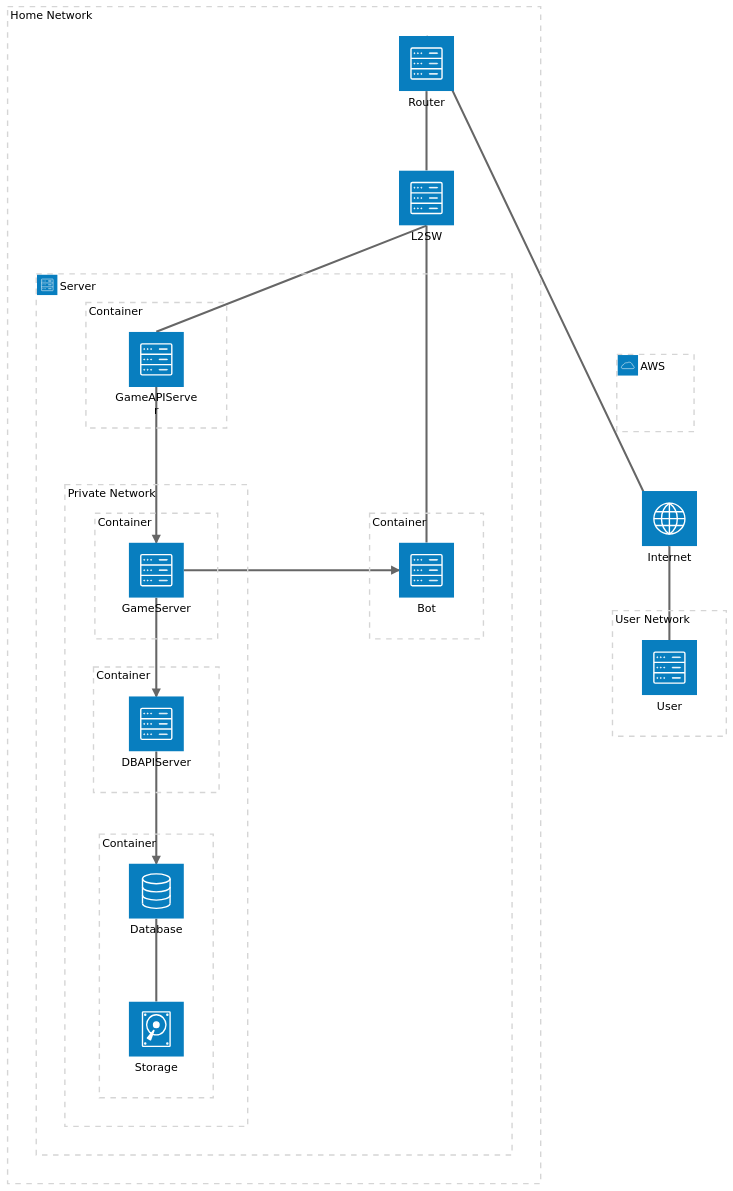
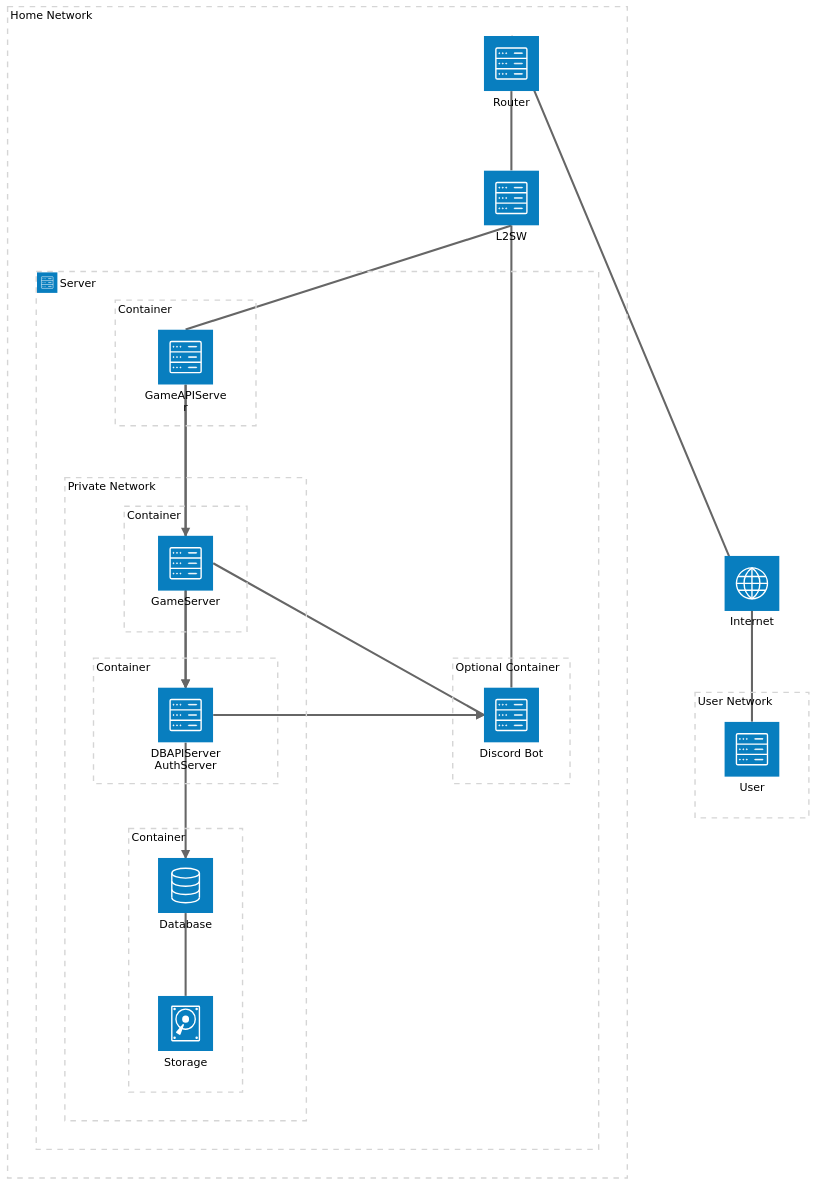
The first of 2 diagrams in design/network.md (ReHydrangeaOdyssey/Specifications), drawn with Mermaid (neutral theme) before and after one commit. The commit also changed other lines of this file and 18 other files, not shown here.

````diff
--- a/design/network.md
+++ b/design/network.md
@@ -7,47 +5,47 @@
 ```mermaid
 architecture-beta
     service internet(internet)[Internet]
 
     group my_network[Home Network]
         service my_home_router(server)[Router] in my_network
         service my_home_l2_sw(server)[L2SW] in my_network
 
         group main_server(server)[Server] in my_network
 
-            group bot_container[Container] in main_server
-                service bot_server(server)[Bot] in bot_container
+            group bot_container[Optional Container] in main_server
+                service bot_server(server)[Discord Bot] in bot_container
 
             group public_api_container[Container] in main_server
                 service public_api_server(server)[GameAPIServer] in public_api_container
 
             group private_network[Private Network] in main_server
                 group private_api_container[Container] in private_network
-                    service private_api_server(server)[DBAPIServer] in private_api_container
+                    service private_api_server(server)[DBAPIServer AuthServer] in private_api_container
 
                 group game_container[Container] in private_network
                     service game_server(server)[GameServer] in game_container
 
                 group db_container[Container] in private_network
                     service db(database)[Database] in db_container
                     service disk2(disk)[Storage] in db_container
-
-    group aws_network(cloud)[AWS]
 
     group user_network[User Network]
         service user(server)[User] in user_network
 
     internet:B -- T:my_home_router
     internet:B -- T:user
 
     my_home_router:B -- T:my_home_l2_sw
     my_home_l2_sw:B -- T:public_api_server
     my_home_l2_sw:B -- T:bot_server
 
-    game_server:R --> L: bot_server
+    game_server:R --> L:bot_server
+    private_api_server:R --> L:bot_server
 
     public_api_server:B --> T: game_server
+    public_api_server:B --> T: private_api_server
     game_server:B --> T: private_api_server
     private_api_server:B --> T: db
 
     db:B -- T:disk2
 ```
````
